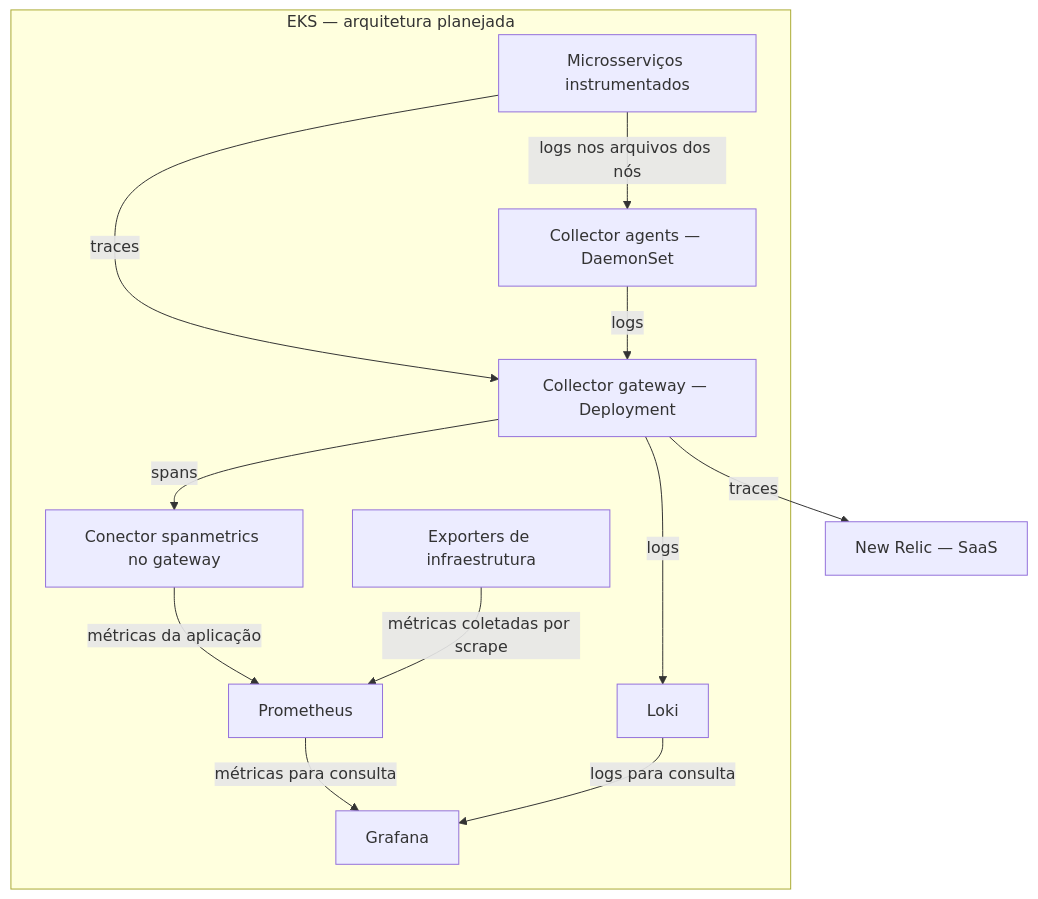
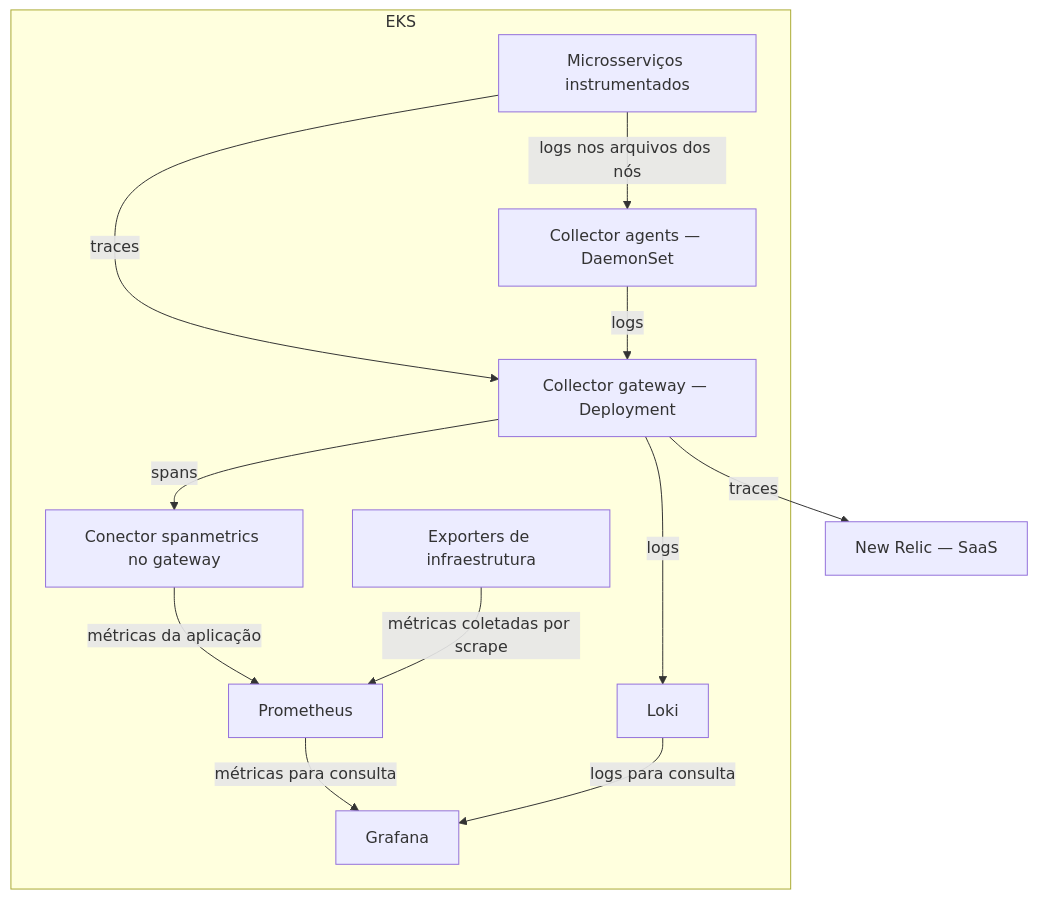
The first of 3 diagrams in README.md (fiap-devops-arqcloud-2026/tech-challenge-04), drawn with Mermaid before and after one commit. The commit also changed other lines of this file and 9 other files, not shown here.

````diff
--- a/README.md
+++ b/README.md
@@ -96,24 +101,24 @@
 ```mermaid
 flowchart TB
-  subgraph Cluster["EKS — arquitetura planejada"]
+  subgraph Cluster["EKS"]
     Apps["Microsserviços instrumentados"]
     Agents["Collector agents — DaemonSet"]
     Gateway["Collector gateway — Deployment"]
     Spanmetrics["Conector spanmetrics no gateway"]
     Infra["Exporters de infraestrutura"]
     Prom["Prometheus"]
     Loki["Loki"]
     Grafana["Grafana"]
     Apps -->|"logs nos arquivos dos nós"| Agents
     Apps -->|"traces"| Gateway
     Agents -->|"logs"| Gateway
     Gateway -->|"logs"| Loki
     Gateway -->|"spans"| Spanmetrics
     Spanmetrics -->|"métricas da aplicação"| Prom
     Infra -->|"métricas coletadas por scrape"| Prom
     Prom -->|"métricas para consulta"| Grafana
     Loki -->|"logs para consulta"| Grafana
   end
   NR["New Relic — SaaS"]
   Gateway -->|"traces"| NR
 ```
````
